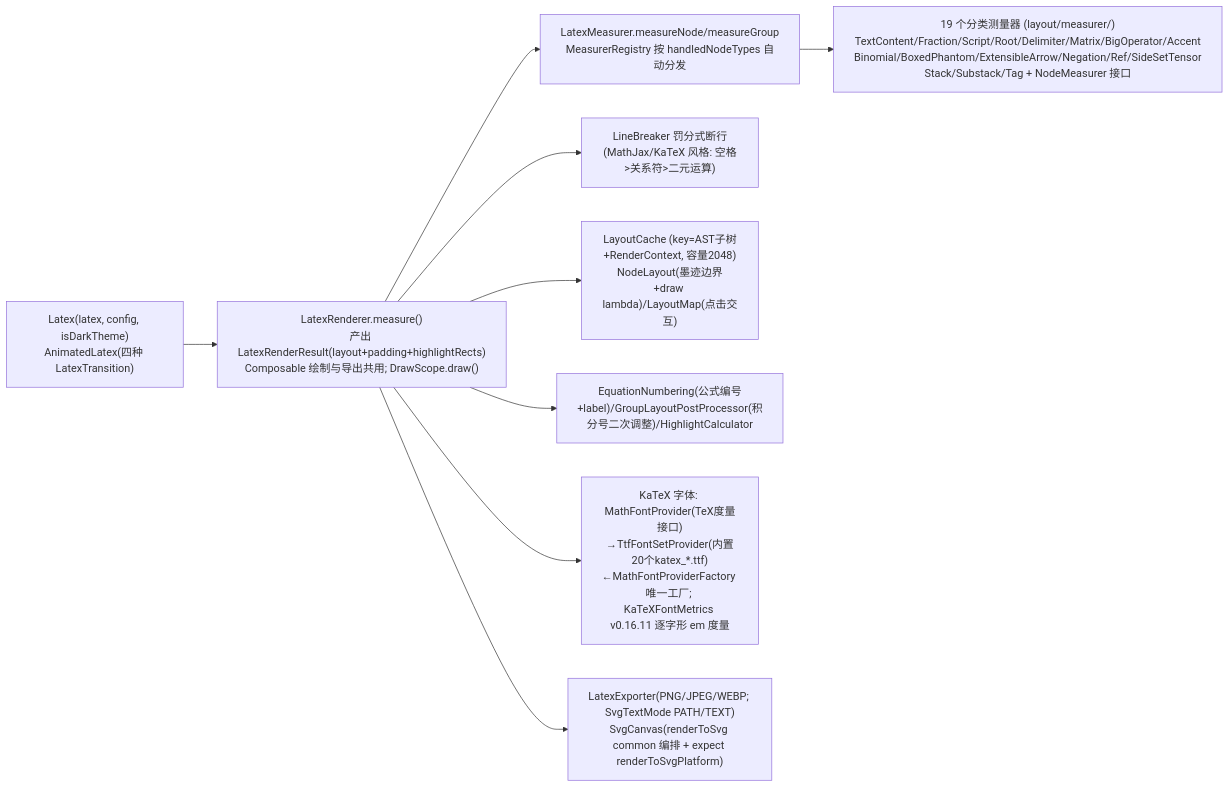
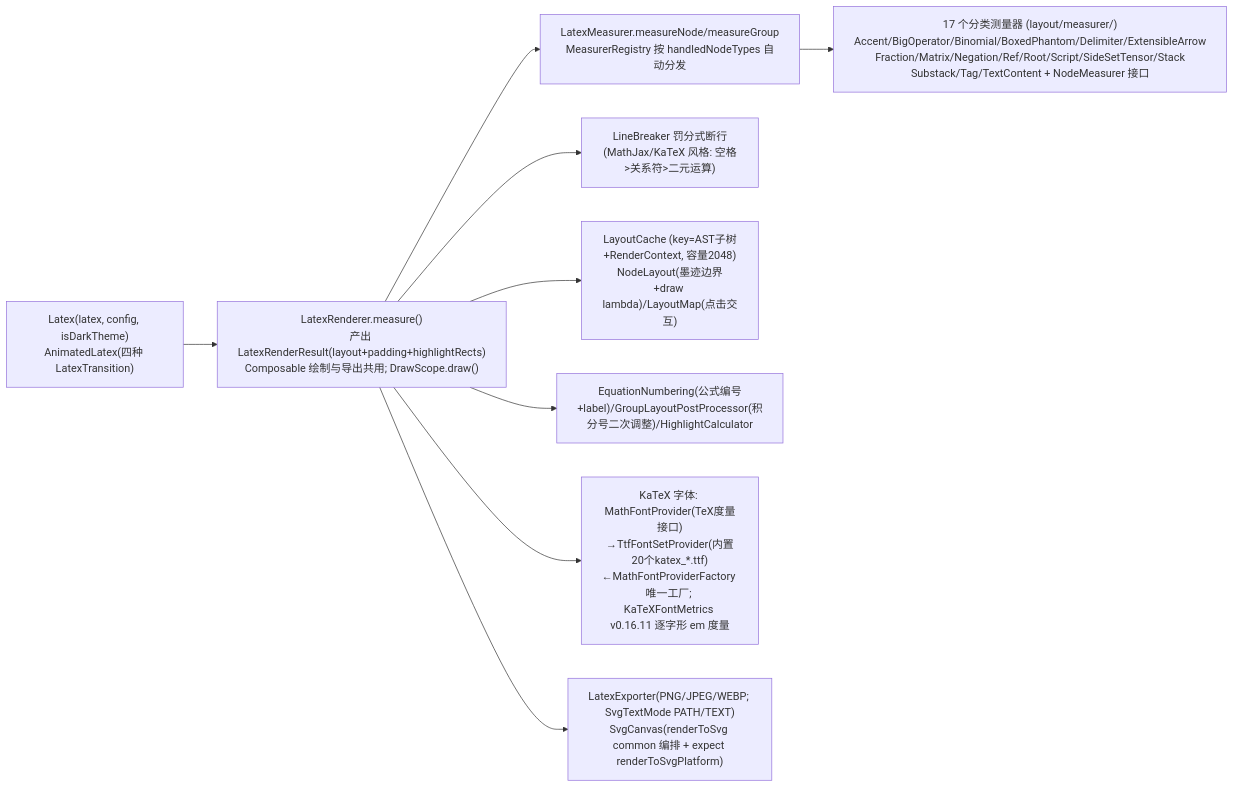
The second of 3 diagrams in docs/architecture/03-inkcompose.md (lzdev42/mederi), drawn with Mermaid before and after one commit. The commit also changed other lines of this file and 75 other files, not shown here.

````diff
--- a/docs/architecture/03-inkcompose.md
+++ b/docs/architecture/03-inkcompose.md
@@ -116,11 +117,11 @@
 ```mermaid
 flowchart LR
     IN["Latex(latex, config, isDarkTheme)<br/>AnimatedLatex(四种 LatexTransition)"] --> R["LatexRenderer.measure()<br/>产出 LatexRenderResult(layout+padding+highlightRects)<br/>Composable 绘制与导出共用; DrawScope.draw()"]
     R --> M["LatexMeasurer.measureNode/measureGroup<br/>MeasurerRegistry 按 handledNodeTypes 自动分发"]
-    M --> MM["19 个分类测量器 (layout/measurer/)<br/>TextContent/Fraction/Script/Root/Delimiter/Matrix/BigOperator/Accent<br/>Binomial/BoxedPhantom/ExtensibleArrow/Negation/Ref/SideSetTensor<br/>Stack/Substack/Tag + NodeMeasurer 接口"]
+    M --> MM["17 个分类测量器 (layout/measurer/)<br/>Accent/BigOperator/Binomial/BoxedPhantom/Delimiter/ExtensibleArrow<br/>Fraction/Matrix/Negation/Ref/Root/Script/SideSetTensor/Stack<br/>Substack/Tag/TextContent + NodeMeasurer 接口"]
     R --> LB["LineBreaker 罚分式断行<br/>(MathJax/KaTeX 风格: 空格>关系符>二元运算)"]
     R --> LC["LayoutCache (key=AST子树+RenderContext, 容量2048)<br/>NodeLayout(墨迹边界+draw lambda)/LayoutMap(点击交互)"]
     R --> EQ["EquationNumbering(公式编号+label)/GroupLayoutPostProcessor(积分号二次调整)/HighlightCalculator"]
     R --> FONT["KaTeX 字体: MathFontProvider(TeX度量接口)<br/>→TtfFontSetProvider(内置20个katex_*.ttf)<br/>←MathFontProviderFactory 唯一工厂; KaTeXFontMetrics v0.16.11 逐字形 em 度量"]
     R --> EXPORT["LatexExporter(PNG/JPEG/WEBP; SvgTextMode PATH/TEXT)<br/>SvgCanvas(renderToSvg common 编排 + expect renderToSvgPlatform)"]
 ```
````
